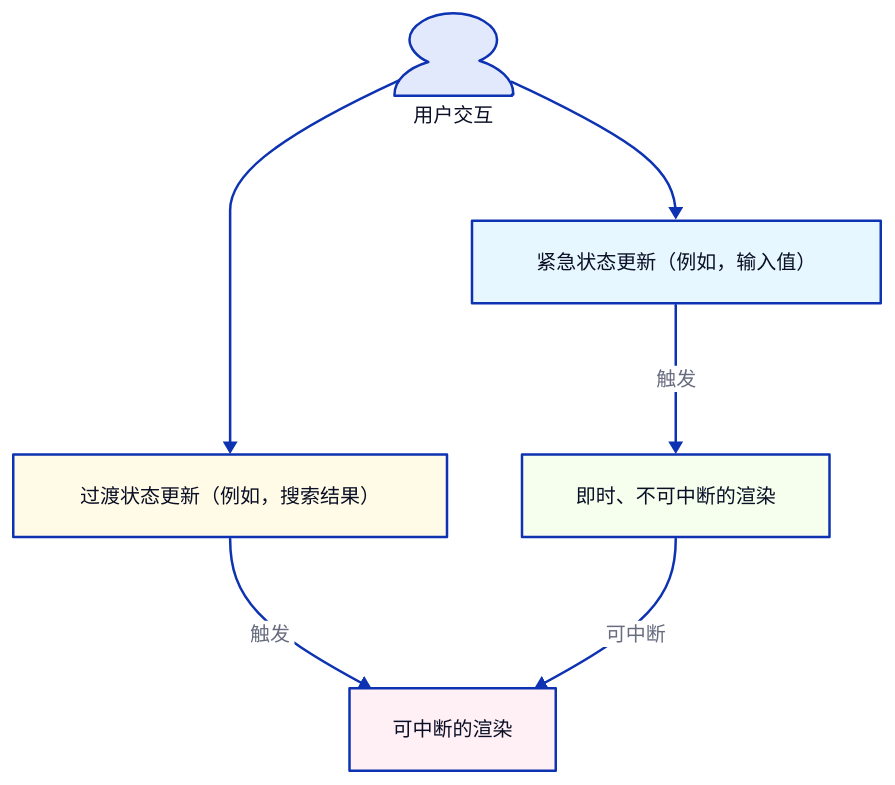
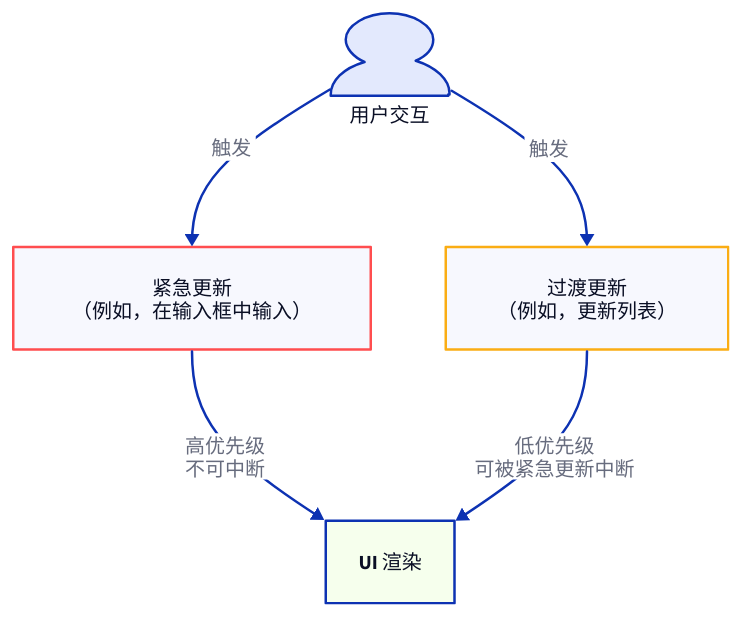
The diagram in packages/react/.aigne/doc-smith/docs/advanced-transitions.zh.md (lban2049/react), drawn with D2 before and after one commit. The commit also changed other lines of this file and 46 other files, not shown here.

````diff
--- a/packages/react/.aigne/doc-smith/docs/advanced-transitions.zh.md
+++ b/packages/react/.aigne/doc-smith/docs/advanced-transitions.zh.md
@@ -29,40 +90,32 @@
 ```d2
 direction: down
 
-"用户交互": {
+"User-Interaction": {
   shape: person
+  label: "用户交互"
 }
 
-"紧急更新": {
+"High-Priority-Update": {
   shape: rectangle
-  label: "紧急状态更新（例如，输入值）"
-  style.fill: "#e6f7ff"
+  label: "紧急更新\n（例如，在输入框中输入）"
+  style.stroke: "#ff4d4f"
 }
 
-"过渡更新": {
+"Low-Priority-Update": {
   shape: rectangle
-  label: "过渡状态更新（例如，搜索结果）"
-  style.fill: "#fffbe6"
+  label: "过渡更新\n（例如，更新列表）"
+  style.stroke: "#faad14"
 }
 
-"即时渲染": {
+"UI-Render": {
   shape: rectangle
-  label: "即时、不可中断的渲染"
+  label: "UI 渲染"
   style.fill: "#f6ffed"
 }
 
-"可中断渲染": {
-  shape: rectangle
-  label: "可中断的渲染"
-  style.fill: "#fff0f6"
-}
+"User-Interaction" -> "High-Priority-Update": "触发"
+"High-Priority-Update" -> "UI-Render": "高优先级\n不可中断"
 
-"用户交互" -> "紧急更新"
-"用户交互" -> "过渡更新"
-
-"紧急更新" -> "即时渲染": "触发"
-"过渡更新" -> "可中断渲染": "触发"
-
-"即时渲染" -> "可中断渲染": "可中断"
-
+"User-Interaction" -> "Low-Priority-Update": "触发"
+"Low-Priority-Update" -> "UI-Render": "低优先级\n可被紧急更新中断"
 ```
````
